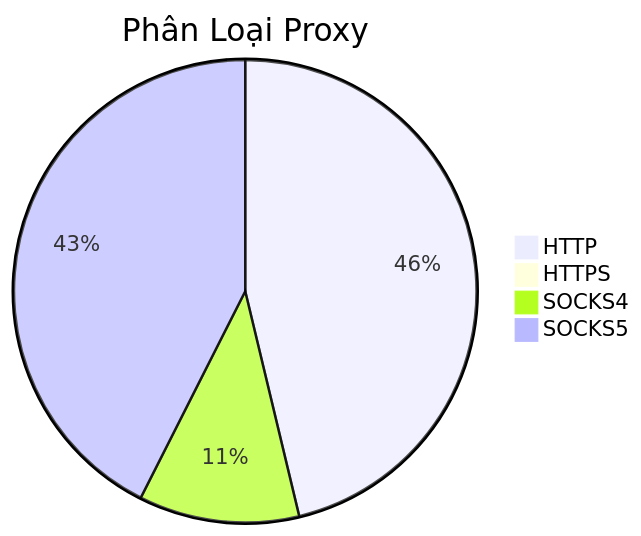
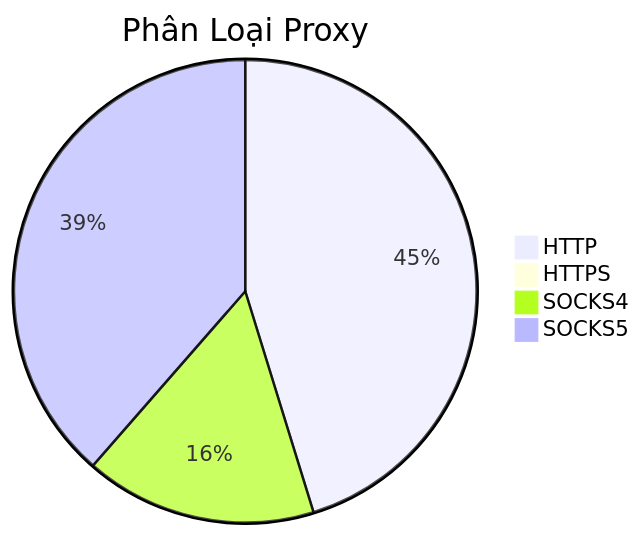
One commit to Ciara-12/PROXY-free changed the diagram in README.md. Above: the diagram before and after it, drawn with Mermaid. The commit also changed other lines of this file and 4 other files, not shown here.

````diff
--- a/README.md
+++ b/README.md
@@ -26,7 +26,7 @@
 ```mermaid
 pie title Phân Loại Proxy
-    "HTTP" : 1098
+    "HTTP" : 849
     "HTTPS" : 1
-    "SOCKS4" : 266
-    "SOCKS5" : 1010
+    "SOCKS4" : 304
+    "SOCKS5" : 724
 ```
````
